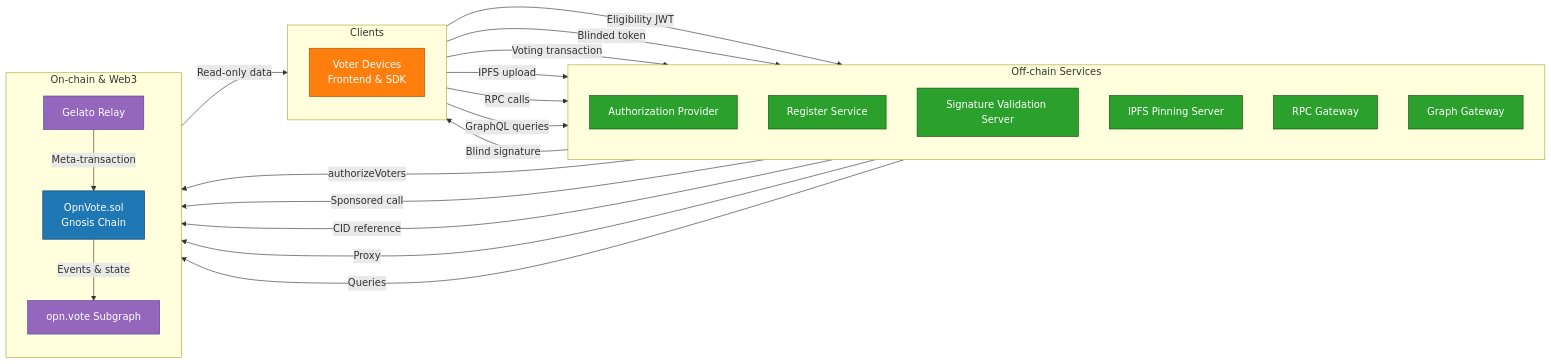
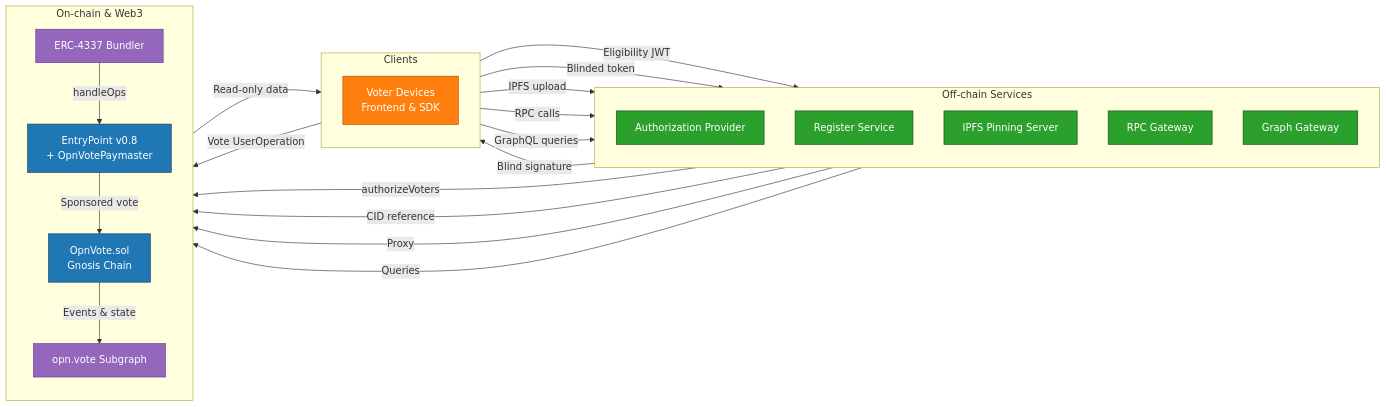
Before and after one commit to openPetition/opnVote: the diagram in docs/docs/architecture.md, drawn with Mermaid. The commit also changed other lines of this file, not shown here.

Commit message:
feat(docs): Updated architecture

```diff
--- a/docs/docs/architecture.md
+++ b/docs/docs/architecture.md
@@ -8,56 +8,56 @@
 <div class="mermaid">
 flowchart LR
     classDef onchain fill:#1f77b4,stroke:#0d3a5c,color:#ffffff;
     classDef offchain fill:#2ca02c,stroke:#0f4c0f,color:#ffffff;
     classDef client fill:#ff7f0e,stroke:#a85300,color:#ffffff;
     classDef external fill:#9467bd,stroke:#5d3c92,color:#ffffff;
 
     subgraph Clients
         direction TB
         Voter[Voter Devices<br/>Frontend & SDK]
     end
     class Voter client;
 
     subgraph "Off-chain Services"
         direction TB
         AP[Authorization Provider]
         Register[Register Service]
-        SVS[Signature Validation Server]
         IPFSService[IPFS Pinning Server]
         RPCGateway[RPC Gateway]
         GraphGateway[Graph Gateway]
     end
-    class AP,Register,SVS,IPFSService,RPCGateway,GraphGateway offchain;
+    class AP,Register,IPFSService,RPCGateway,GraphGateway offchain;
 
     subgraph "On-chain & Web3"
         direction TB
-        Gelato[Gelato Relay]
+        Bundler[ERC-4337 Bundler]
+        EntryPoint[EntryPoint v0.8<br/>+ OpnVotePaymaster]
         Contract[OpnVote.sol<br/>Gnosis Chain]
         SubgraphIndex[opn.vote Subgraph]
     end
-    class Contract onchain;
-    class Gelato,SubgraphIndex external;
+    class Contract,EntryPoint onchain;
+    class Bundler,SubgraphIndex external;
 
     Voter -->|Eligibility JWT| AP
     AP -->|authorizeVoters| Contract
 
     Voter -->|Blinded token| Register
     Register -->|Blind signature| Voter
 
-    Voter -->|Voting transaction| SVS
-    SVS -->|Sponsored call| Gelato
-    Gelato -->|Meta-transaction| Contract
+    Voter -->|Vote UserOperation| Bundler
+    Bundler -->|handleOps| EntryPoint
+    EntryPoint -->|Sponsored vote| Contract
 
     Voter -->|IPFS upload| IPFSService
     IPFSService -->|CID reference| Contract
 
     Voter -->|RPC calls| RPCGateway
     RPCGateway -->|Proxy| Contract
 
     Voter -->|GraphQL queries| GraphGateway
     GraphGateway -->|Queries| SubgraphIndex
 
     Contract -->|Events & state| SubgraphIndex
     SubgraphIndex -->|Read-only data| Voter
 
 </div>
```
